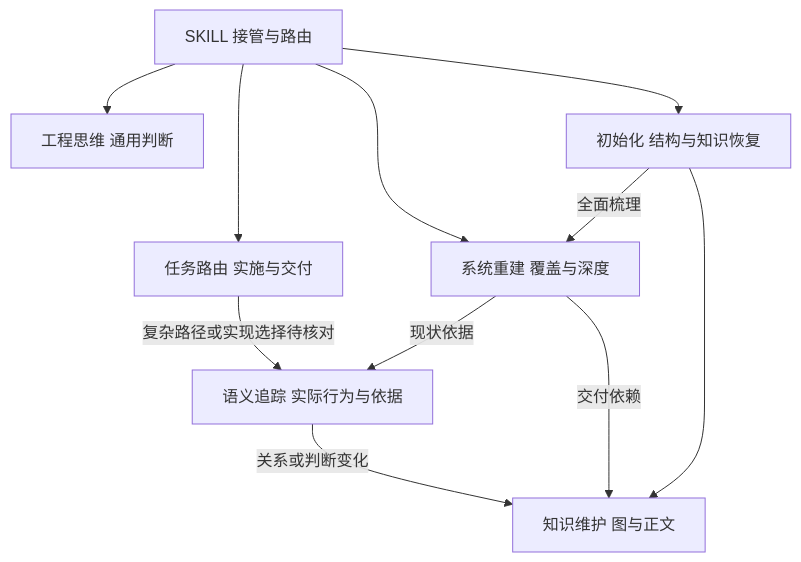
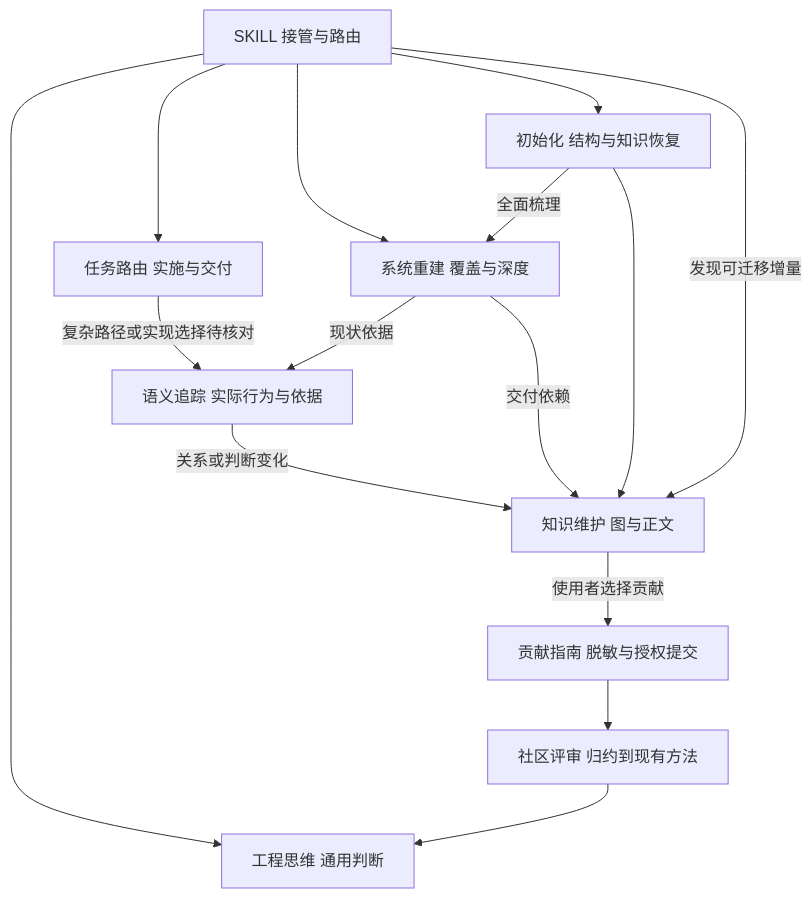
Before and after one commit to jiale-li-orion/arch-thinking-skill: the first of 3 diagrams in README.md, drawn with Mermaid. The commit also changed other lines of this file and 5 other files, not shown here.

````diff
--- a/README.md
+++ b/README.md
@@ -189,13 +192,17 @@
 ```mermaid
 flowchart TB
     SK[SKILL 接管与路由] --> TH[工程思维 通用判断]
     SK --> RT[任务路由 实施与交付]
     SK --> SR[系统重建 覆盖与深度]
     SK --> IN[初始化 结构与知识恢复]
     RT -->|复杂路径或实现选择待核对| TR[语义追踪 实际行为与依据]
     SR -->|现状依据| TR
     IN -->|全面梳理| SR
     SR -->|交付依赖| KM[知识维护 图与正文]
     TR -->|关系或判断变化| KM
     IN --> KM
+    SK -->|发现可迁移增量| KM
+    KM -->|使用者选择贡献| CO[贡献指南 脱敏与授权提交]
+    CO --> RV[社区评审 归约到现有方法]
+    RV --> TH
 ```
````
